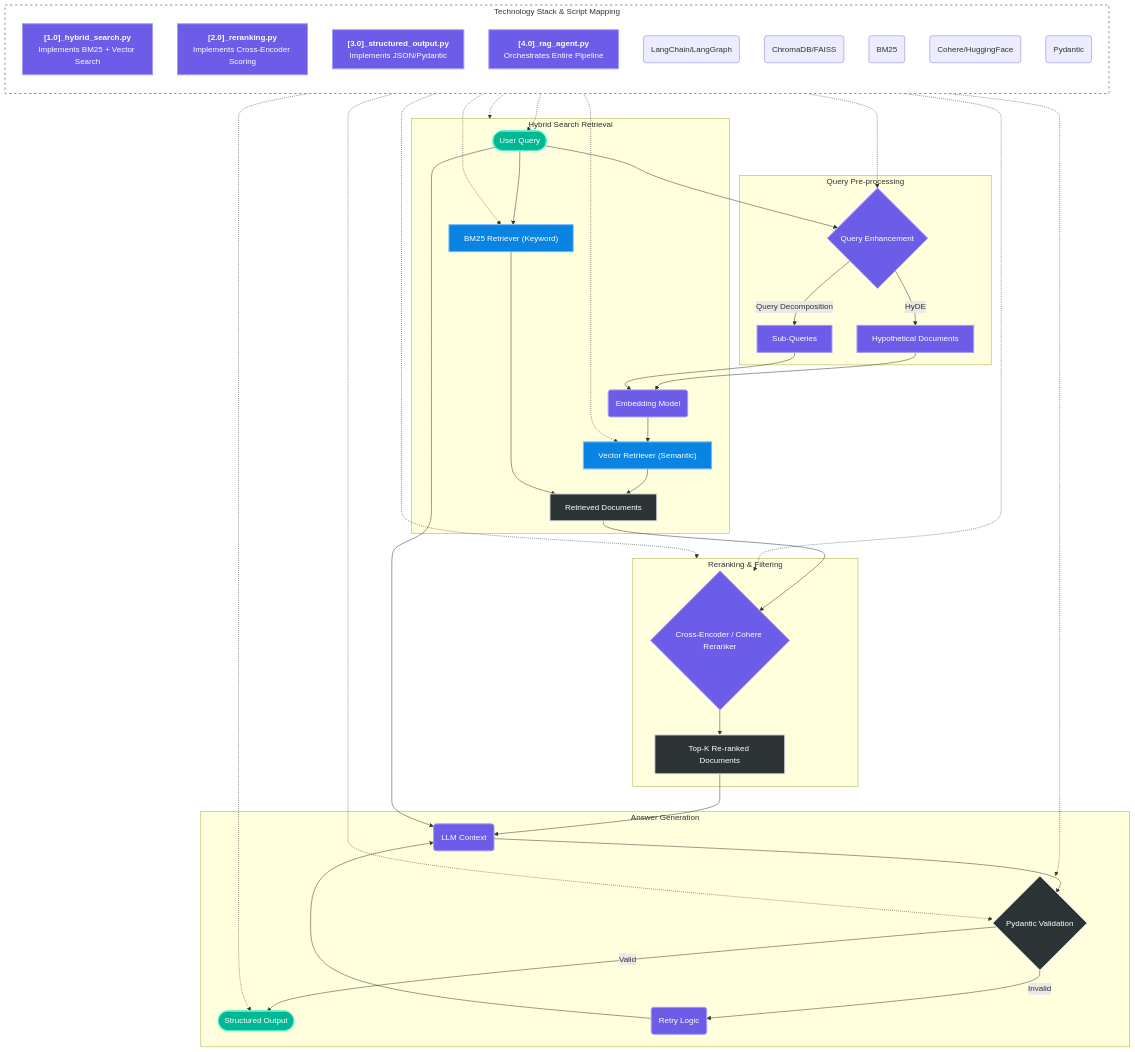
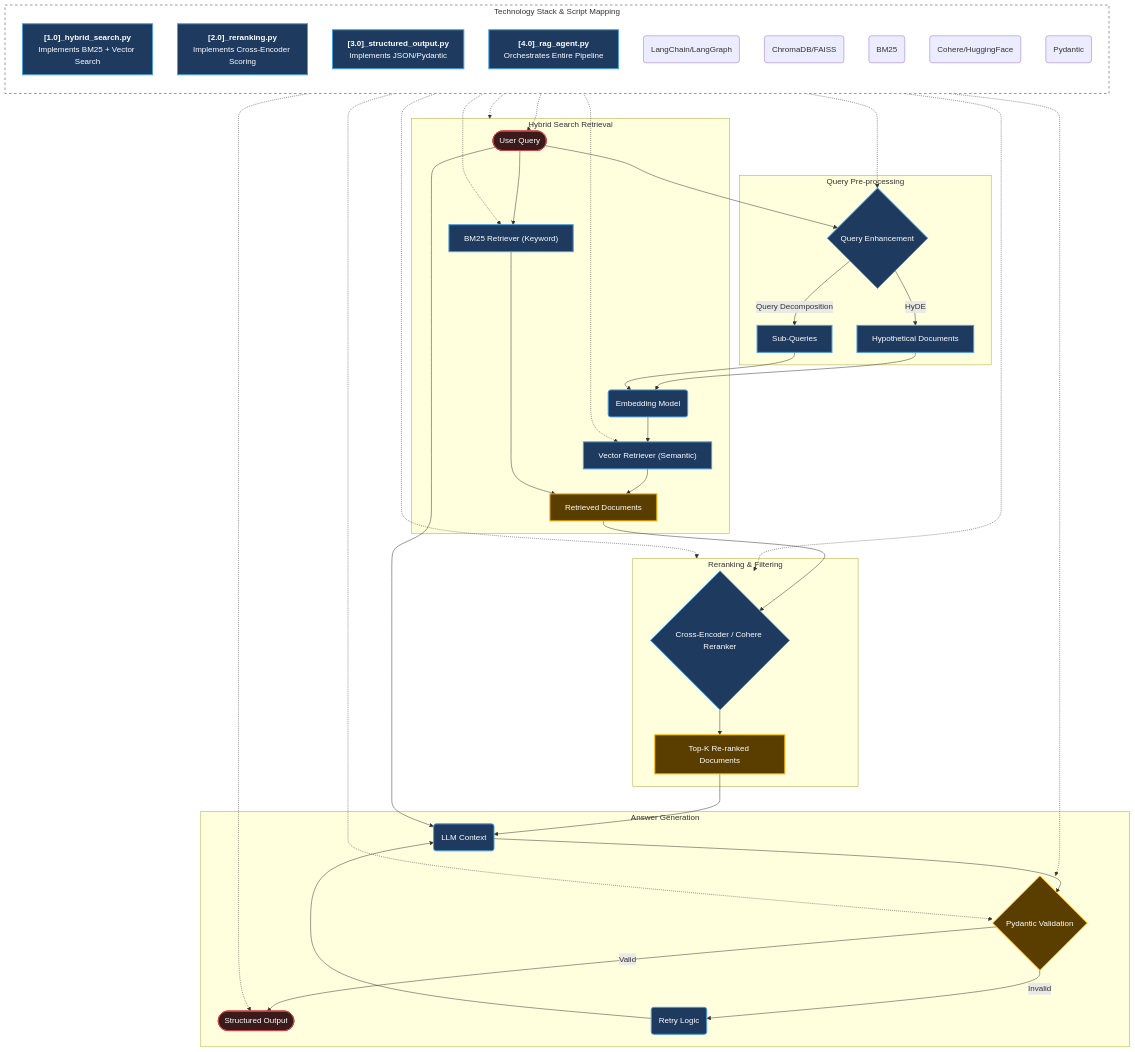
Before and after one commit to visuvishwa99/agentic-ai-foundations: the diagram in week7/week7_architecture.mmd, drawn with Mermaid. The commit also changed 24 other files, not shown here.

Commit message:
Initial commit: AI foundations and learning roadmap

```diff
--- a/week7/week7_architecture.mmd
+++ b/week7/week7_architecture.mmd
@@ -1,77 +1,77 @@
 graph TD
     %% User Interaction
     Start([User Query]) --> QueryEnhancer{Query Enhancement}
 
     %% Subgraph: Query Enhancement
     subgraph Query_Enhancement [Query Pre-processing]
         QueryEnhancer -- HyDE --> HypoDocs[Hypothetical Documents]
         QueryEnhancer -- Query Decomposition --> SubQueries[Sub-Queries]
     end
 
     HypoDocs --> Embedding(Embedding Model)
     SubQueries --> Embedding
 
     %% Subgraph: Hybrid Search
     subgraph Hybrid_Search [Hybrid Search Retrieval]
         Embedding --> VectorRetriever["Vector Retriever (Semantic)"]
         Start --> KeywordRetriever["BM25 Retriever (Keyword)"]
         
         VectorRetriever --> RetrievedDocs[Retrieved Documents]
         KeywordRetriever --> RetrievedDocs
     end
 
     %% Subgraph: Reranking
     subgraph Reranking [Reranking & Filtering]
         RetrievedDocs --> Reranker{"Cross-Encoder / Cohere Reranker"}
         Reranker --> TopKDocs[Top-K Re-ranked Documents]
     end
 
     %% Subgraph: Generation & Validation
     subgraph Generation [Answer Generation]
         TopKDocs --> LLM("LLM Context")
         Start --> LLM
         LLM --> PydanticValidator{"Pydantic Validation"}
         PydanticValidator -- Valid --> Output([Structured Output])
         PydanticValidator -- Invalid --> Retry(Retry Logic)
         Retry --> LLM
     end
 
     %% Tech Stack Subgraph (Optional but recommended)
     %% Subgraph: Technology Stack & Scripts
     subgraph Tech_Stack [Technology Stack & Script Mapping]
         direction TB
         HybridScript["<b>[1.0]_hybrid_search.py</b><br/>Implements BM25 + Vector Search"]:::process
         RerankScript["<b>[2.0]_reranking.py</b><br/>Implements Cross-Encoder Scoring"]:::process
         StructScript["<b>[3.0]_structured_output.py</b><br/>Implements JSON/Pydantic"]:::process
         AgentScript["<b>[4.0]_rag_agent.py</b><br/>Orchestrates Entire Pipeline"]:::process
         
         LangChain(LangChain/LangGraph) -.-> QueryEnhancer
         Chroma(ChromaDB/FAISS) -.-> VectorRetriever
         BM25(BM25) -.-> KeywordRetriever
         Cohere(Cohere/HuggingFace) -.-> Reranker
         Pydantic(Pydantic) -.-> PydanticValidator
     end
 
     %% Map Scripts to Logic Flow
     HybridScript -.-> Hybrid_Search
     RerankScript -.-> Reranking
     StructScript -.-> PydanticValidator
     AgentScript -.-> Start
     AgentScript -.-> Output
 
 
     %% Connect Tech Stack to Logic Flow
     style Tech_Stack fill:#fff,stroke:#333,stroke-dasharray: 5 5
 
     %% Apply Classes
     class Start,Output user
     class VectorRetriever,KeywordRetriever storage
     class QueryEnhancer,HypoDocs,SubQueries,Embedding,Reranker,LLM,Retry process
     class RetrievedDocs,TopKDocs,PydanticValidator logic
 
     %% Global Style Block
-    classDef logic fill:#2d3436,stroke:#dfe6e9,stroke-width:2px,color:#fff
-    classDef storage fill:#0984e3,stroke:#74b9ff,stroke-width:2px,color:#fff
-    classDef process fill:#6c5ce7,stroke:#a29bfe,stroke-width:2px,color:#fff
-    classDef user fill:#00b894,stroke:#55efc4,stroke-width:2px,color:#fff
-    classDef group fill:#f1f2f6,stroke:#2f3542,stroke-width:1px,color:#2d3436
+    classDef logic fill:#5a3e00,stroke:#ffb300,stroke-width:2px,color:#fff
+    classDef storage fill:#1e3a5f,stroke:#4a9eda,stroke-width:2px,color:#fff
+    classDef process fill:#1e3a5f,stroke:#4a9eda,stroke-width:2px,color:#fff
+    classDef user fill:#3a1a1a,stroke:#cc4444,stroke-width:2px,color:#fff
+    classDef group fill:#2d3436,stroke:#dfe6e9,stroke-width:1px,color:#fff
```
